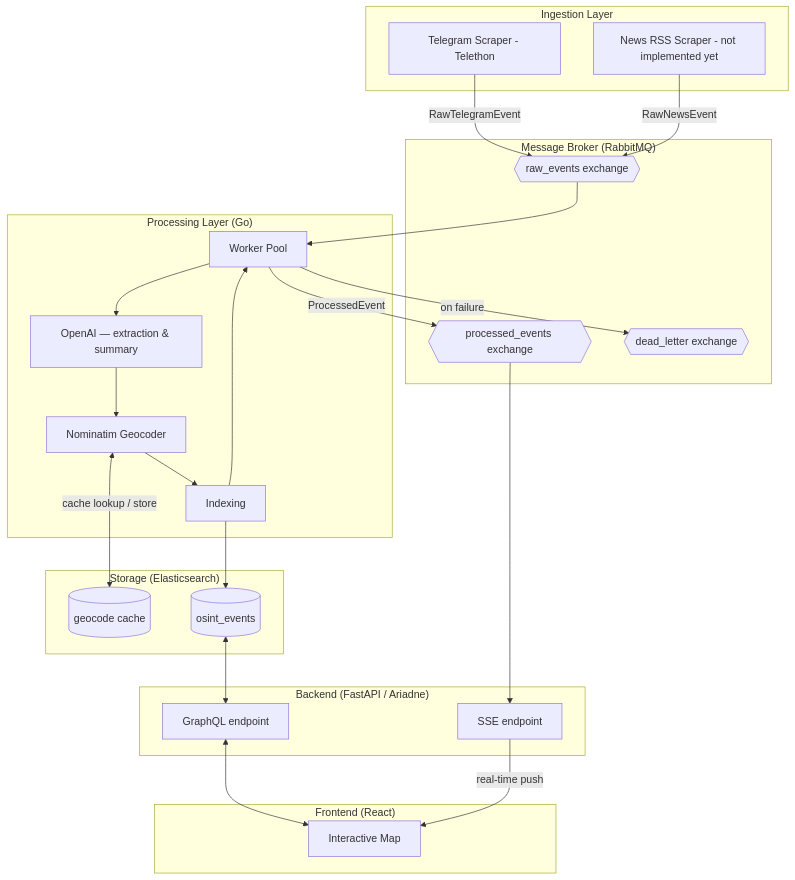
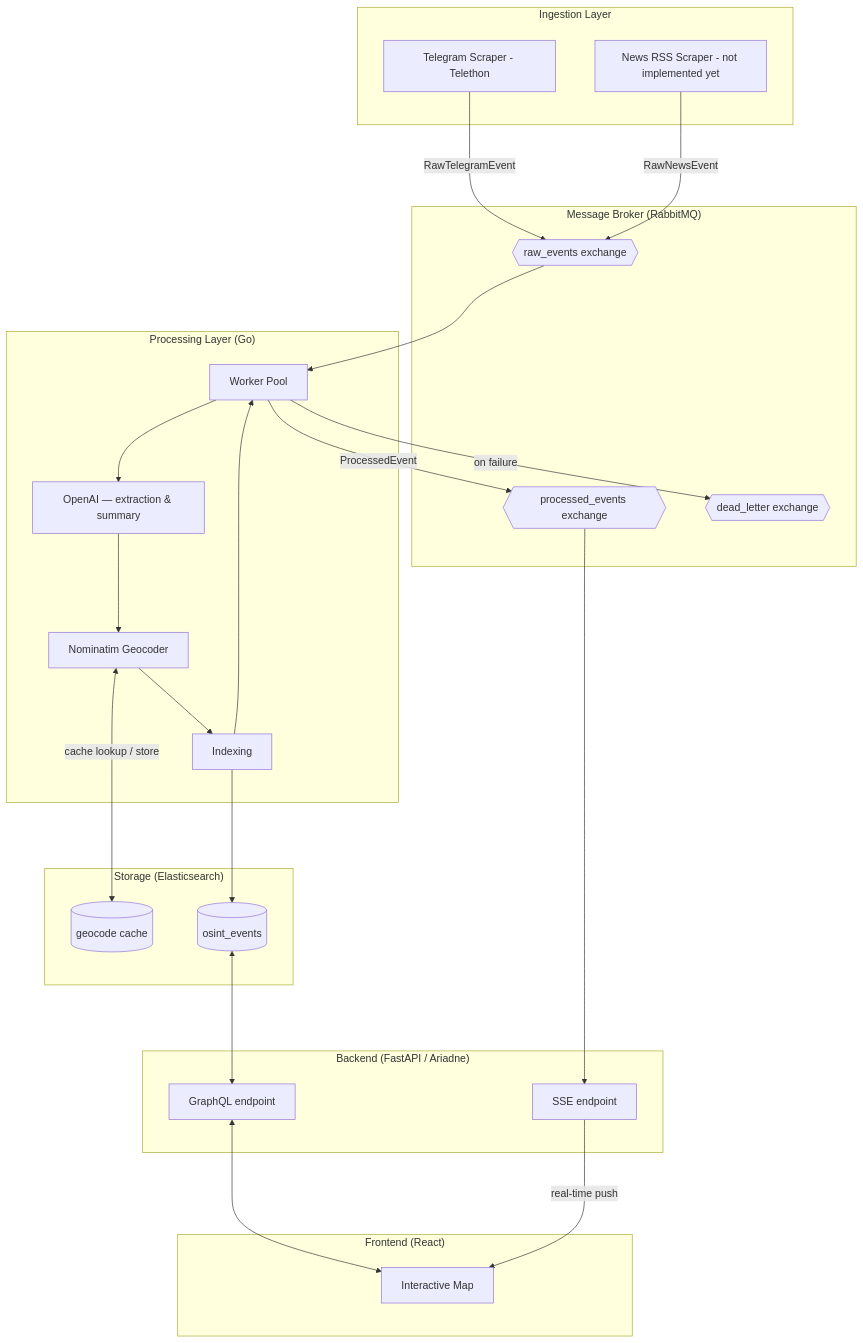
The diagram in ARCHITECTURE.md (IshaySela/israel-osint-ai), drawn with Mermaid before and after one commit.

Commit message:
docs: tweak architecture diagram layout and flow

````diff
--- a/ARCHITECTURE.md
+++ b/ARCHITECTURE.md
@@ -6,56 +6,58 @@
 ```mermaid
+%%{init: {'flowchart': {'nodeSpacing': 60, 'rankSpacing': 100}}}%%
 graph TD
     %% Ingestion Layer
     subgraph Ingestion ["Ingestion Layer"]
         T[Telegram Scraper - Telethon]
         NEWS[News RSS Scraper - not implemented yet]
     end
 
     %% Message Broker
     subgraph Broker ["Message Broker (RabbitMQ)"]
         RE{{raw_events exchange}}
         PE{{processed_events exchange}}
         DLX{{dead_letter exchange}}
+        RE ~~~ PE
     end
 
     %% Processing Layer
     subgraph Processing ["Processing Layer (Go)"]
         WP[Worker Pool]
         LLM[OpenAI — extraction & summary]
         GEO[Nominatim Geocoder]
         IDX[Indexing]
     end
 
     %% Storage
     subgraph Storage ["Storage (Elasticsearch)"]
         GC[(geocode cache)]
         OSINT[(osint_events)]
     end
 
     %% API Layer
     subgraph API ["Backend (FastAPI / Ariadne)"]
         GQL[GraphQL endpoint]
         SSE[SSE endpoint]
     end
 
     %% Frontend Layer
     subgraph Frontend ["Frontend (React)"]
         Map[Interactive Map]
     end
 
     T -->|RawTelegramEvent| RE
     NEWS-->|RawNewsEvent| RE
     RE --> WP
     WP --> LLM
     LLM --> GEO
     GEO <-->|cache lookup / store| GC
     GEO --> IDX
     IDX --> OSINT
     IDX --> WP
     WP -->|ProcessedEvent| PE
     OSINT <--> GQL
     PE --> SSE
     GQL <--> Map
     SSE -->|real-time push| Map
     WP -->|on failure| DLX
 ```
````
